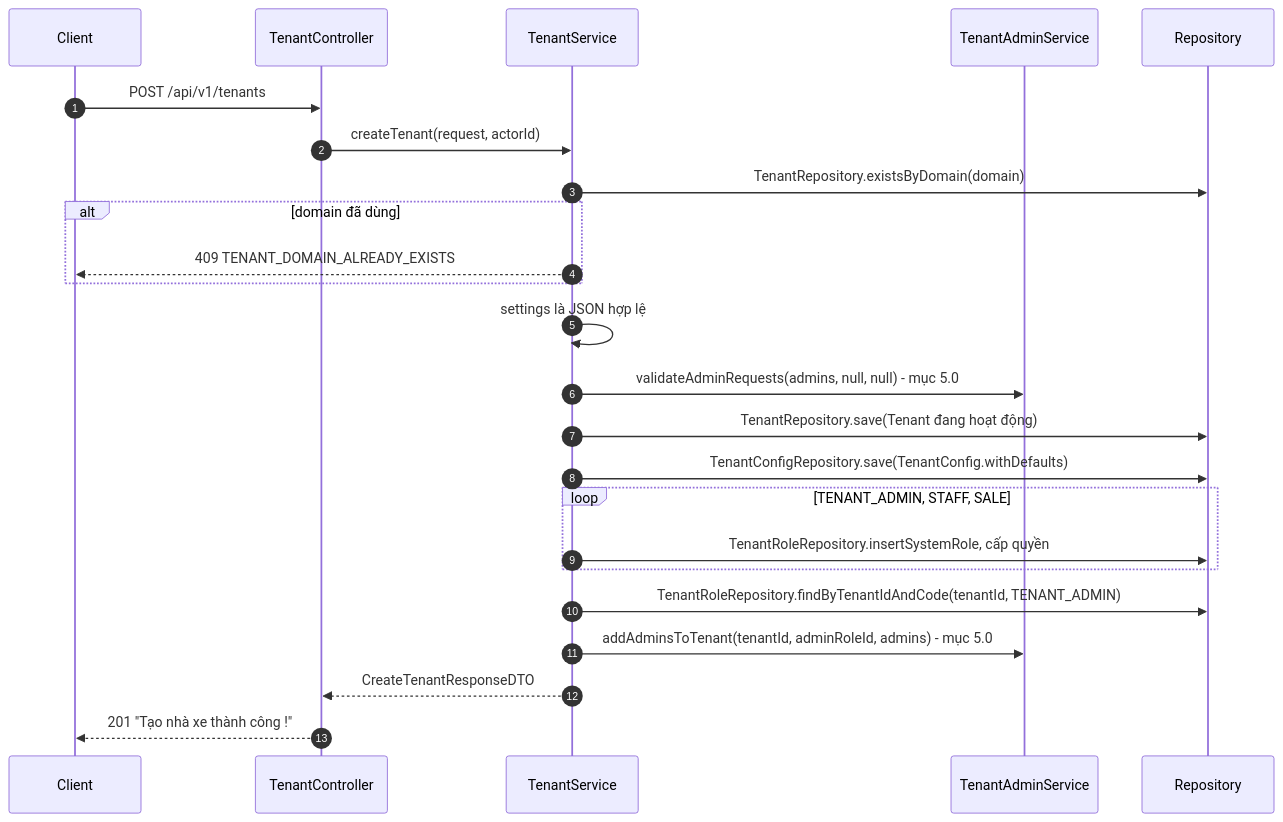
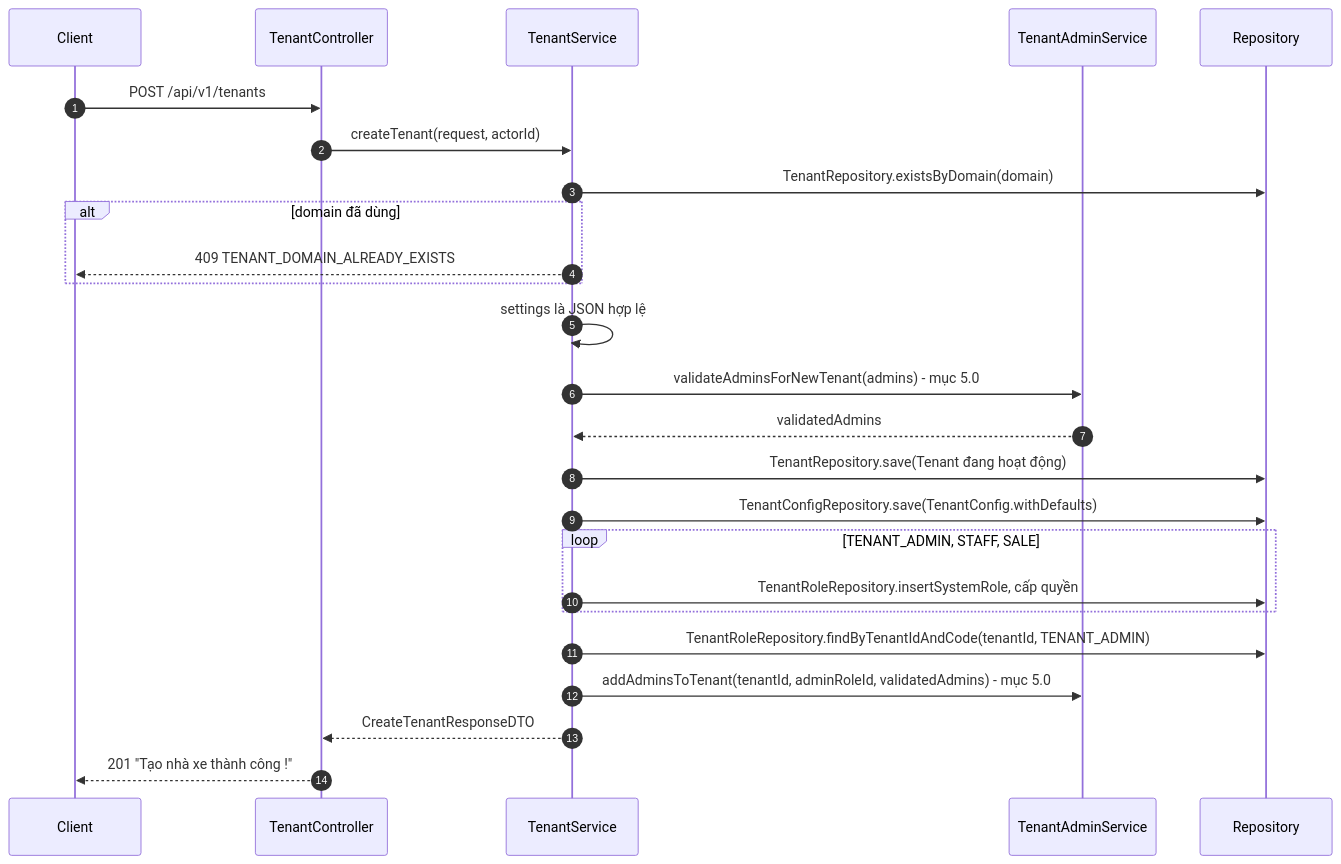
The third of 9 diagrams in docs/plans/tenant/2026-10-19-tenant-detail-design.md (foodboi88/car-rental-saas), drawn with Mermaid before and after one commit. The commit also changed other lines of this file and 17 other files, not shown here.

````diff
--- a/docs/plans/tenant/2026-10-19-tenant-detail-design.md
+++ b/docs/plans/tenant/2026-10-19-tenant-detail-design.md
@@ -236,26 +240,27 @@
 ```mermaid
 sequenceDiagram
   autonumber
   participant C as Client
   participant K as TenantController
   participant T as TenantService
   participant A as TenantAdminService
   participant R as Repository
   C->>K: POST /api/v1/tenants
   K->>T: createTenant(request, actorId)
   T->>R: TenantRepository.existsByDomain(domain)
   alt domain đã dùng
     T-->>C: 409 TENANT_DOMAIN_ALREADY_EXISTS
   end
   T->>T: settings là JSON hợp lệ
-  T->>A: validateAdminRequests(admins, null, null) - mục 5.0
+  T->>A: validateAdminsForNewTenant(admins) - mục 5.0
+  A-->>T: validatedAdmins
   T->>R: TenantRepository.save(Tenant đang hoạt động)
   T->>R: TenantConfigRepository.save(TenantConfig.withDefaults)
   loop TENANT_ADMIN, STAFF, SALE
     T->>R: TenantRoleRepository.insertSystemRole, cấp quyền
   end
   T->>R: TenantRoleRepository.findByTenantIdAndCode(tenantId, TENANT_ADMIN)
-  T->>A: addAdminsToTenant(tenantId, adminRoleId, admins) - mục 5.0
+  T->>A: addAdminsToTenant(tenantId, adminRoleId, validatedAdmins) - mục 5.0
   T-->>K: CreateTenantResponseDTO
   K-->>C: 201 "Tạo nhà xe thành công !"
 ```
````
